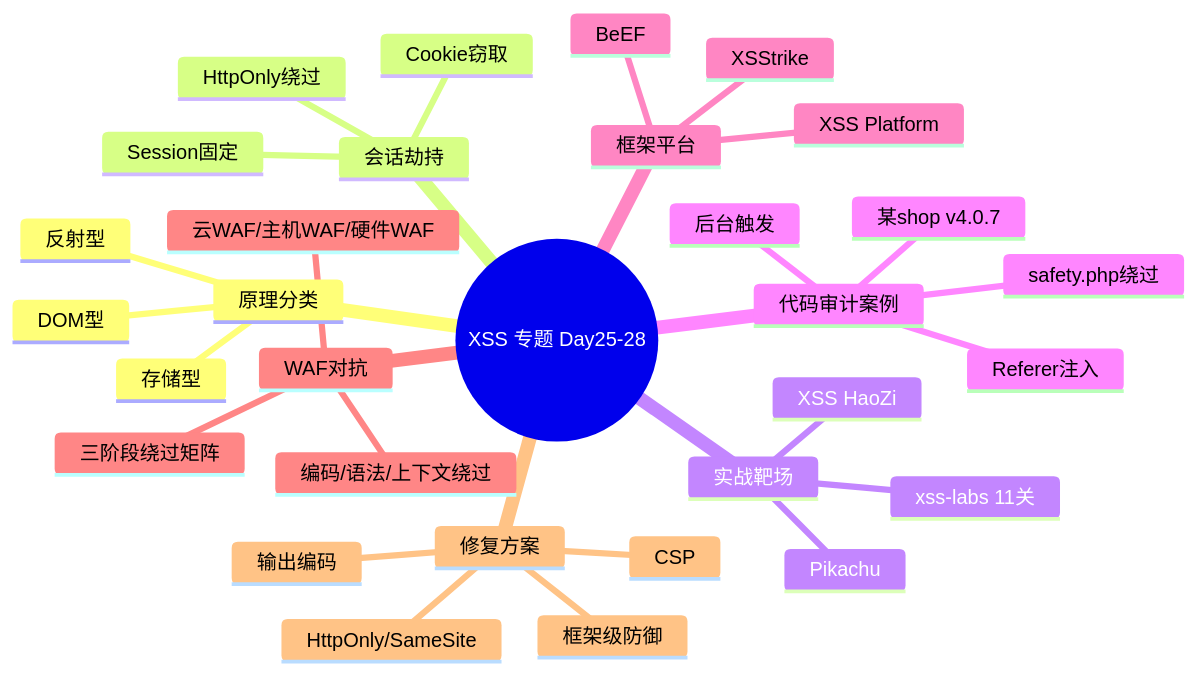
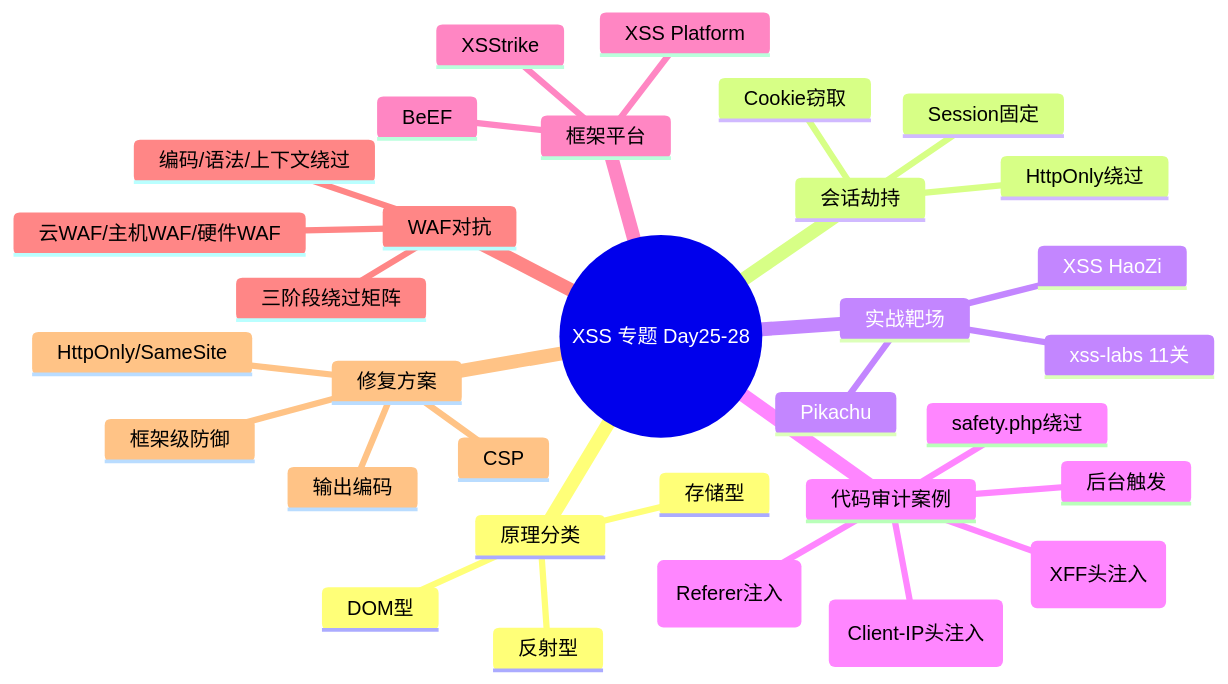
The second of 2 diagrams in pages/xd-security-xss-vulnerability-notes-day25-28.md (OpenDocCN1/sec-llm-wiki), drawn with Mermaid before and after one commit. The commit also changed other lines of this file and 4 other files, not shown here.

````diff
--- a/pages/xd-security-xss-vulnerability-notes-day25-28.md
+++ b/pages/xd-security-xss-vulnerability-notes-day25-28.md
@@ -581,34 +643,35 @@
 ```mermaid
 mindmap
   root((XSS 专题 Day25-28))
     原理分类
       反射型
       存储型
       DOM型
     会话劫持
       Cookie窃取
       Session固定
       HttpOnly绕过
     实战靶场
       Pikachu
       xss-labs 11关
       XSS HaoZi
     代码审计案例
-      某shop v4.0.7
-      Referer注入
+      某shop v4.0.7 (Referer注入)
+      AppCMS (XFF头注入)
+      TaoCMS (Client-IP头注入)
       safety.php绕过
       后台触发
     框架平台
       BeEF
       XSS Platform
       XSStrike
     WAF对抗
       云WAF/主机WAF/硬件WAF
       三阶段绕过矩阵
       编码/语法/上下文绕过
     修复方案
       输出编码
       CSP
       HttpOnly/SameSite
       框架级防御
 ```
````
